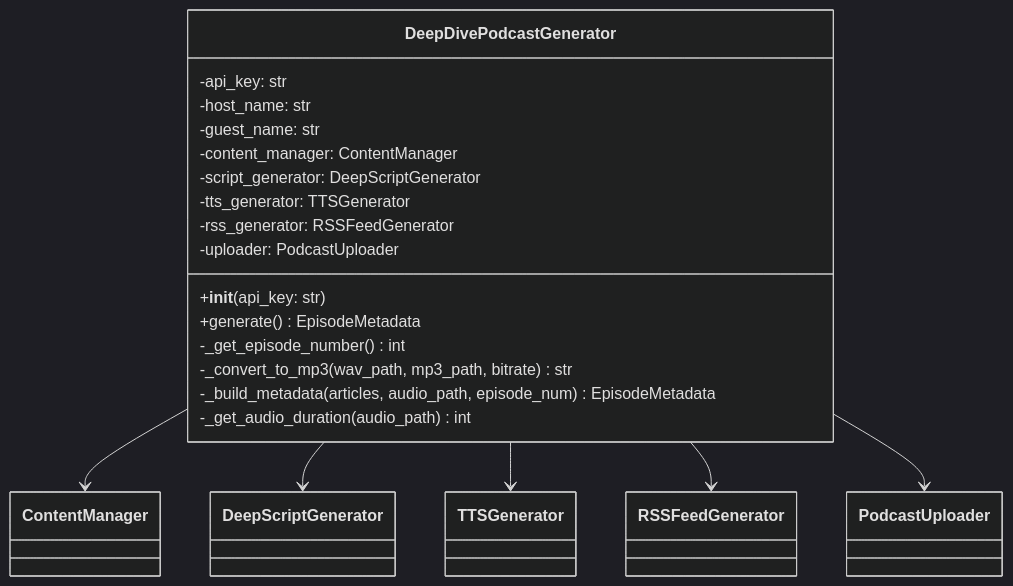
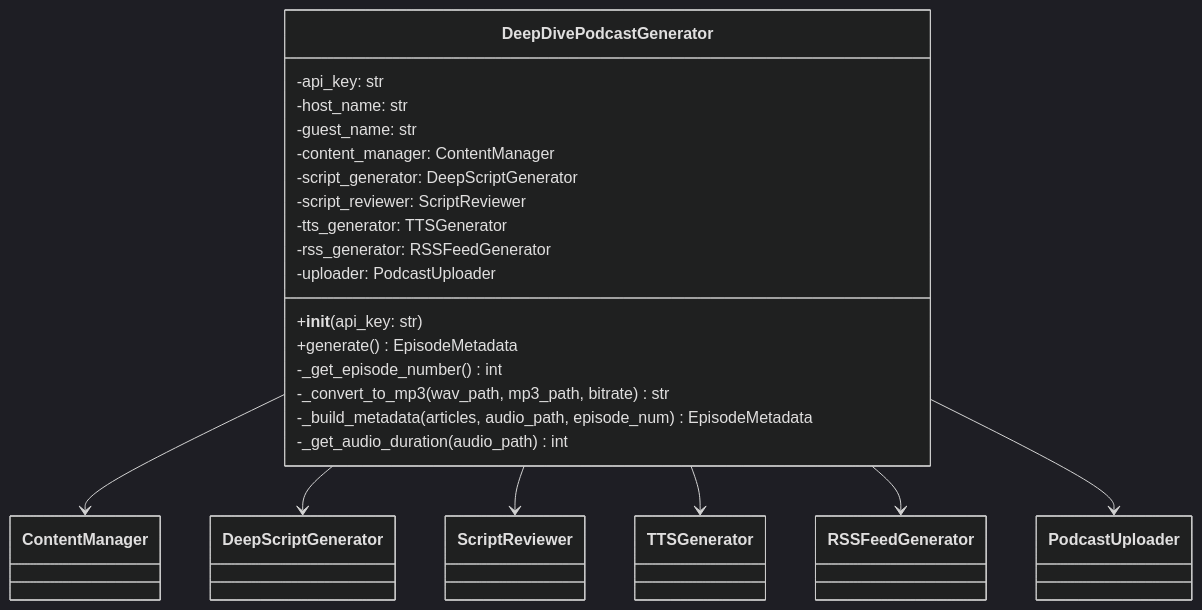
The eighth of 8 diagrams in docs/LLD.md (necoha/auto-podcast), drawn with Mermaid (dark theme) before and after one commit. The commit also changed other lines of this file, not shown here.

````diff
--- a/docs/LLD.md
+++ b/docs/LLD.md
@@ -471,25 +528,27 @@
 ```mermaid
 classDiagram
     class DeepDivePodcastGenerator {
         -api_key: str
         -host_name: str
         -guest_name: str
         -content_manager: ContentManager
         -script_generator: DeepScriptGenerator
+        -script_reviewer: ScriptReviewer
         -tts_generator: TTSGenerator
         -rss_generator: RSSFeedGenerator
         -uploader: PodcastUploader
         +__init__(api_key: str)
         +generate() EpisodeMetadata
         -_get_episode_number() int
         -_convert_to_mp3(wav_path, mp3_path, bitrate) str
         -_build_metadata(articles, audio_path, episode_num) EpisodeMetadata
         -_get_audio_duration(audio_path) int
     }
 
     DeepDivePodcastGenerator --> ContentManager
     DeepDivePodcastGenerator --> DeepScriptGenerator
+    DeepDivePodcastGenerator --> ScriptReviewer
     DeepDivePodcastGenerator --> TTSGenerator
     DeepDivePodcastGenerator --> RSSFeedGenerator
     DeepDivePodcastGenerator --> PodcastUploader
 ```
````
